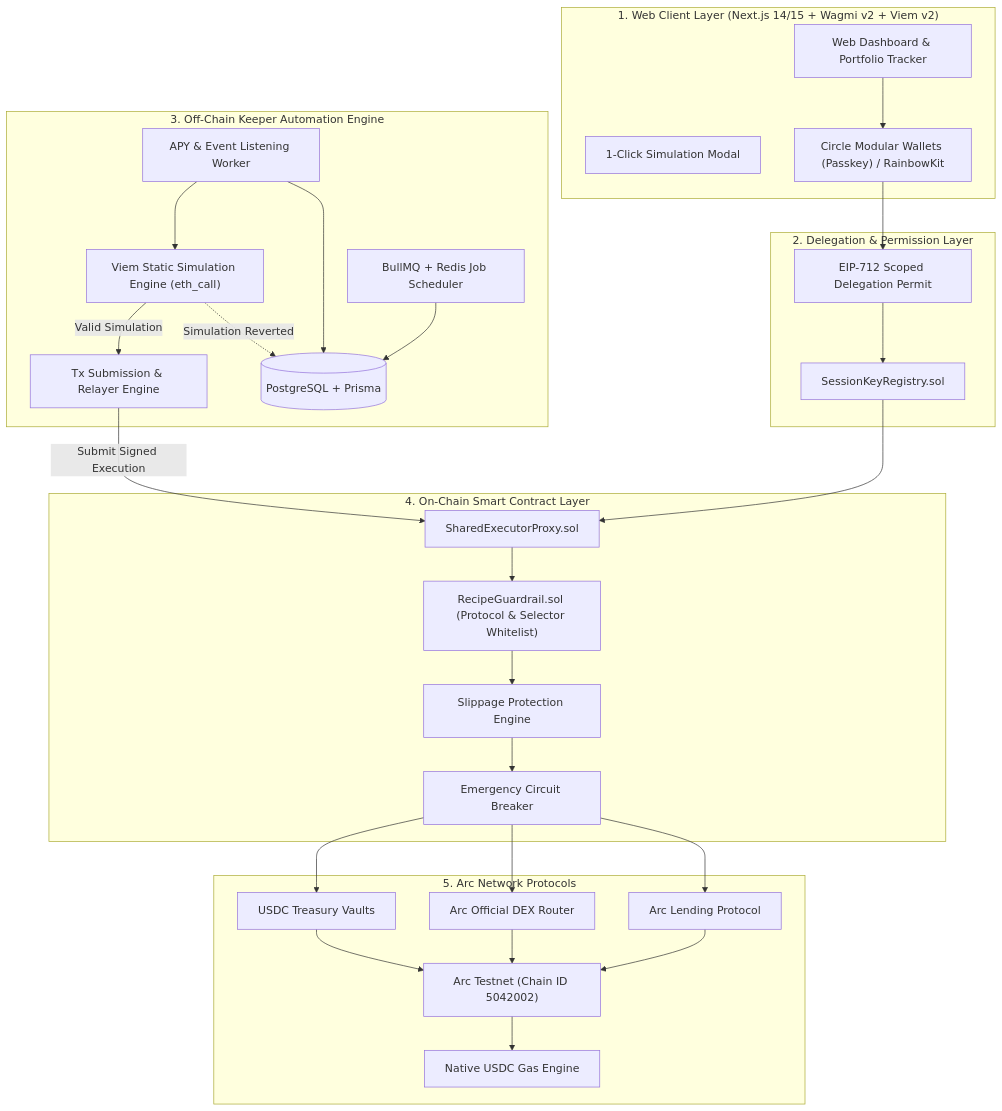
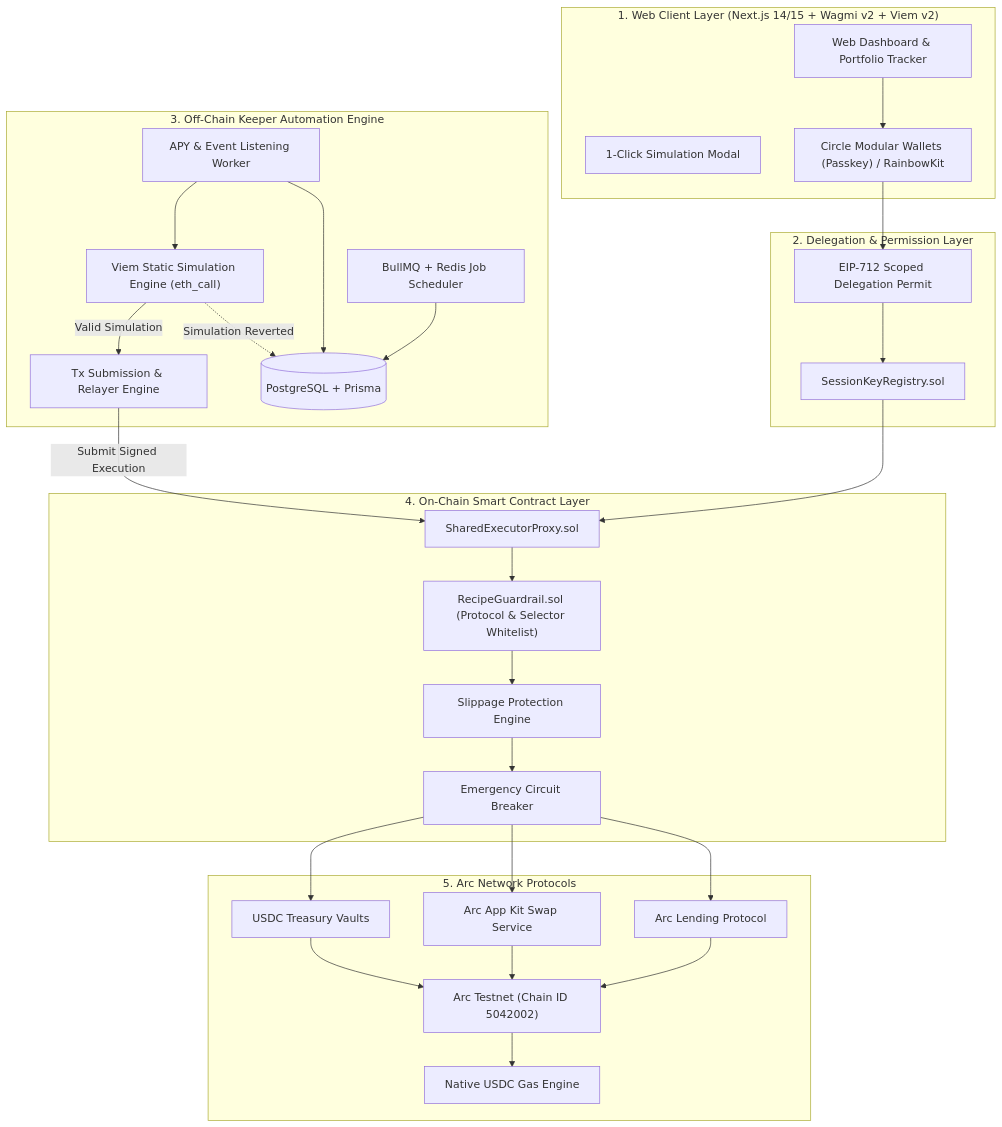
The diagram in docs/architecture-proposal.md (levantuy/DeFiRecipesonArc), drawn with Mermaid before and after one commit. The commit also changed other lines of this file and 40 other files, not shown here.

First line of the commit message:
Migrate keeper DB layer and App Kit DCA

````diff
--- a/docs/architecture-proposal.md
+++ b/docs/architecture-proposal.md
@@ -26,60 +26,60 @@
 ```mermaid
 graph TD
     subgraph ClientLayer ["1. Web Client Layer (Next.js 14/15 + Wagmi v2 + Viem v2)"]
         UI["Web Dashboard & Portfolio Tracker"]
         SIM_MODAL["1-Click Simulation Modal"]
         WALLET_SDK["Circle Modular Wallets (Passkey) / RainbowKit"]
     end
 
     subgraph AuthLayer ["2. Delegation & Permission Layer"]
         EIP712["EIP-712 Scoped Delegation Permit"]
         SK_REGISTRY["SessionKeyRegistry.sol"]
     end
 
     subgraph KeeperLayer ["3. Off-Chain Keeper Automation Engine"]
         SCHEDULER["BullMQ + Redis Job Scheduler"]
         MONITOR["APY & Event Listening Worker"]
         SIM_ENGINE["Viem Static Simulation Engine (eth_call)"]
         RELAYER["Tx Submission & Relayer Engine"]
         DB[(PostgreSQL + Prisma)]
     end
 
     subgraph OnChainLayer ["4. On-Chain Smart Contract Layer"]
         EXECUTOR["SharedExecutorProxy.sol"]
         GUARD["RecipeGuardrail.sol (Protocol & Selector Whitelist)"]
         SLIPPAGE["Slippage Protection Engine"]
         PAUSE["Emergency Circuit Breaker"]
     end
 
     subgraph ProtocolLayer ["5. Arc Network Protocols"]
         ARC_CHAIN["Arc Testnet (Chain ID 5042002)"]
         USDC_NATIVE["Native USDC Gas Engine"]
         LENDING["Arc Lending Protocol"]
-        DEX["Arc Official DEX Router"]
+        SWAP["Arc App Kit Swap Service"]
         VAULTS["USDC Treasury Vaults"]
     end
 
     UI --> WALLET_SDK
     WALLET_SDK --> EIP712
     EIP712 --> SK_REGISTRY
     SK_REGISTRY --> EXECUTOR
 
     SCHEDULER --> DB
     MONITOR --> DB
     MONITOR --> SIM_ENGINE
     SIM_ENGINE -->|Valid Simulation| RELAYER
     SIM_ENGINE -.->|Simulation Reverted| DB
     RELAYER -->|Submit Signed Execution| EXECUTOR
 
     EXECUTOR --> GUARD
     GUARD --> SLIPPAGE
     SLIPPAGE --> PAUSE
     PAUSE --> LENDING
-    PAUSE --> DEX
+    PAUSE --> SWAP
     PAUSE --> VAULTS
 
     LENDING --> ARC_CHAIN
-    DEX --> ARC_CHAIN
+    SWAP --> ARC_CHAIN
     VAULTS --> ARC_CHAIN
     ARC_CHAIN --> USDC_NATIVE
 ```
````
